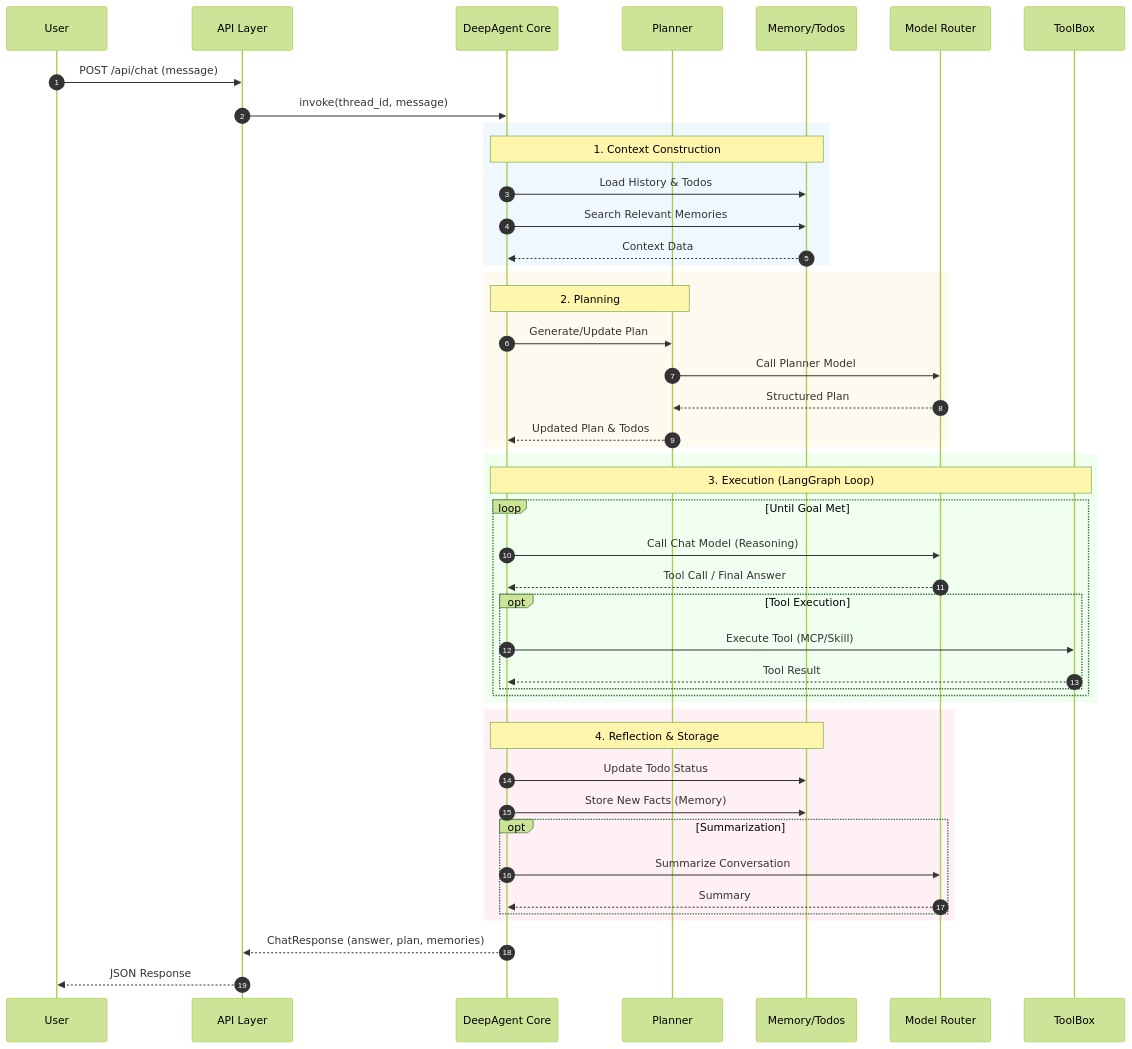
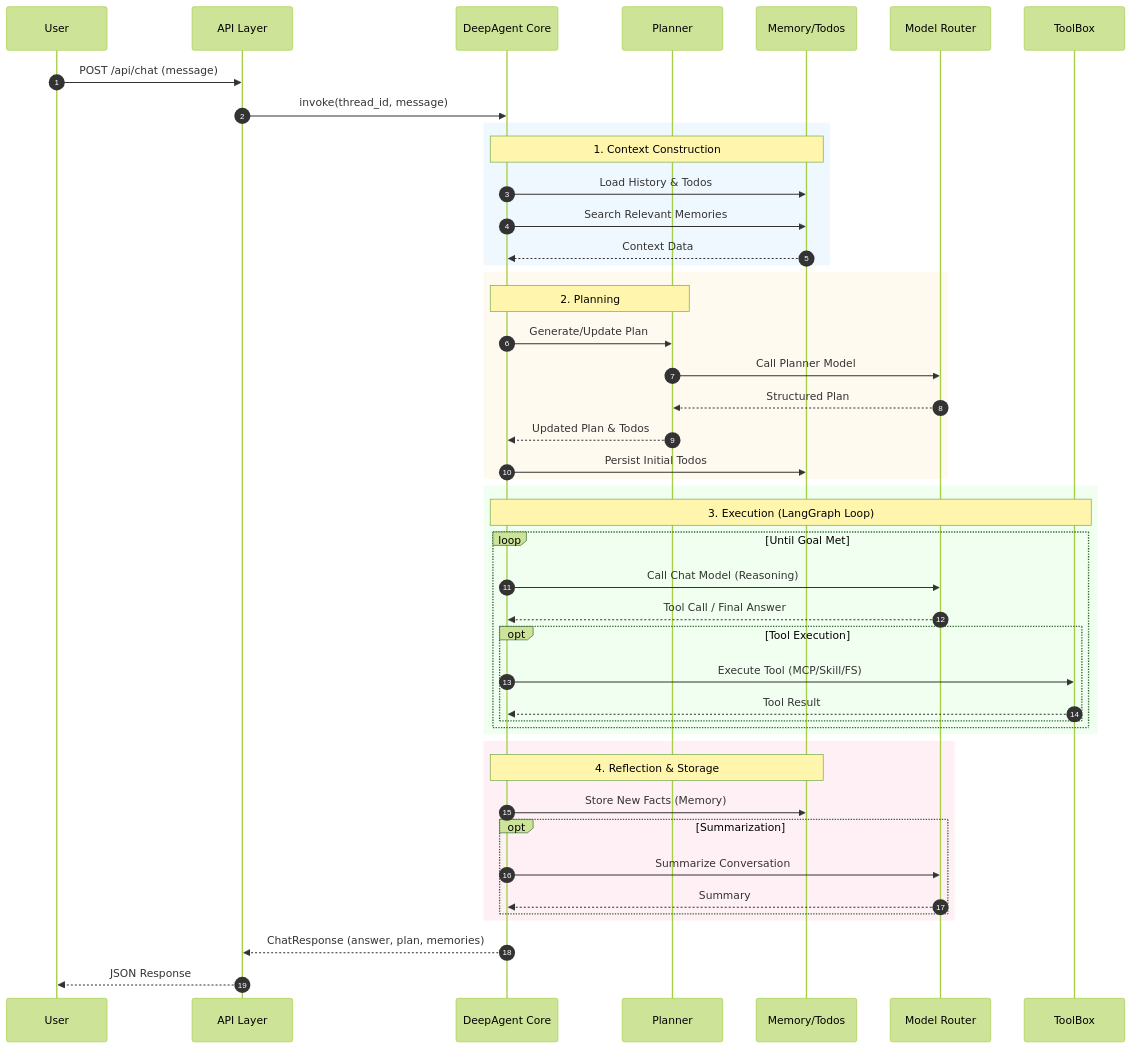
The third of 4 diagrams in ARCHITECTURE.md (overfly83/deepAgent), drawn with Mermaid (forest theme) before and after one commit. The commit also changed other lines of this file, not shown here.

````diff
--- a/ARCHITECTURE.md
+++ b/ARCHITECTURE.md
@@ -108,55 +108,55 @@
 ```mermaid
 sequenceDiagram
     autonumber
     participant User
     participant API as API Layer
     participant Agent as DeepAgent Core
     participant Plan as Planner
     participant Mem as Memory/Todos
     participant LLM as Model Router
     participant Tools as ToolBox
 
     User->>API: POST /api/chat (message)
     API->>Agent: invoke(thread_id, message)
     
     rect rgb(240, 248, 255)
         Note over Agent, Mem: 1. Context Construction
         Agent->>Mem: Load History & Todos
         Agent->>Mem: Search Relevant Memories
         Mem-->>Agent: Context Data
     end
 
     rect rgb(255, 250, 240)
         Note over Agent, Plan: 2. Planning
         Agent->>Plan: Generate/Update Plan
         Plan->>LLM: Call Planner Model
         LLM-->>Plan: Structured Plan
         Plan-->>Agent: Updated Plan & Todos
+        Agent->>Mem: Persist Initial Todos
     end
 
     rect rgb(240, 255, 240)
         Note over Agent, Tools: 3. Execution (LangGraph Loop)
         loop Until Goal Met
             Agent->>LLM: Call Chat Model (Reasoning)
             LLM-->>Agent: Tool Call / Final Answer
             
             opt Tool Execution
-                Agent->>Tools: Execute Tool (MCP/Skill)
+                Agent->>Tools: Execute Tool (MCP/Skill/FS)
                 Tools-->>Agent: Tool Result
             end
         end
     end
 
     rect rgb(255, 240, 245)
         Note over Agent, Mem: 4. Reflection & Storage
-        Agent->>Mem: Update Todo Status
         Agent->>Mem: Store New Facts (Memory)
         opt Summarization
             Agent->>LLM: Summarize Conversation
             LLM-->>Agent: Summary
         end
     end
 
     Agent-->>API: ChatResponse (answer, plan, memories)
     API-->>User: JSON Response
 ```
````
